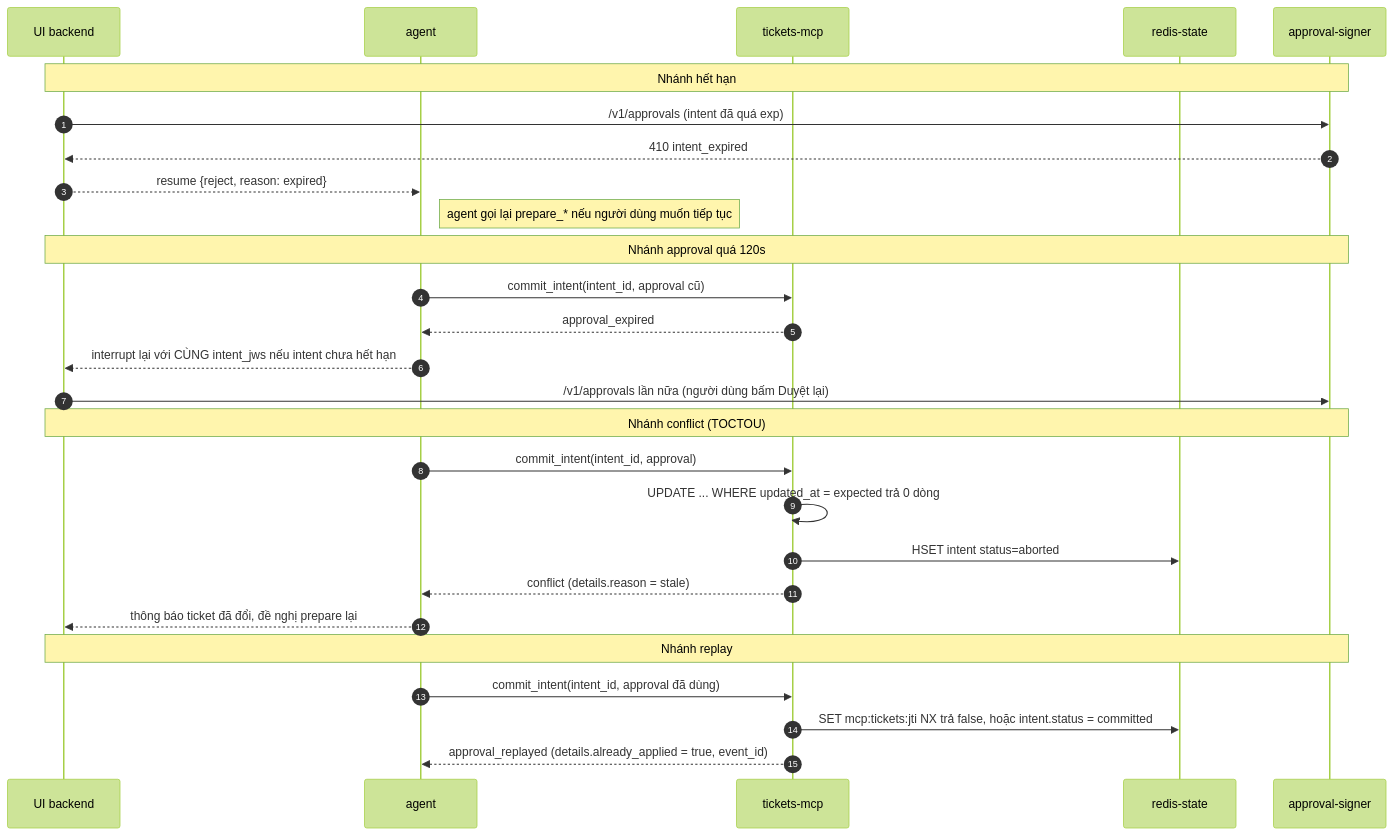
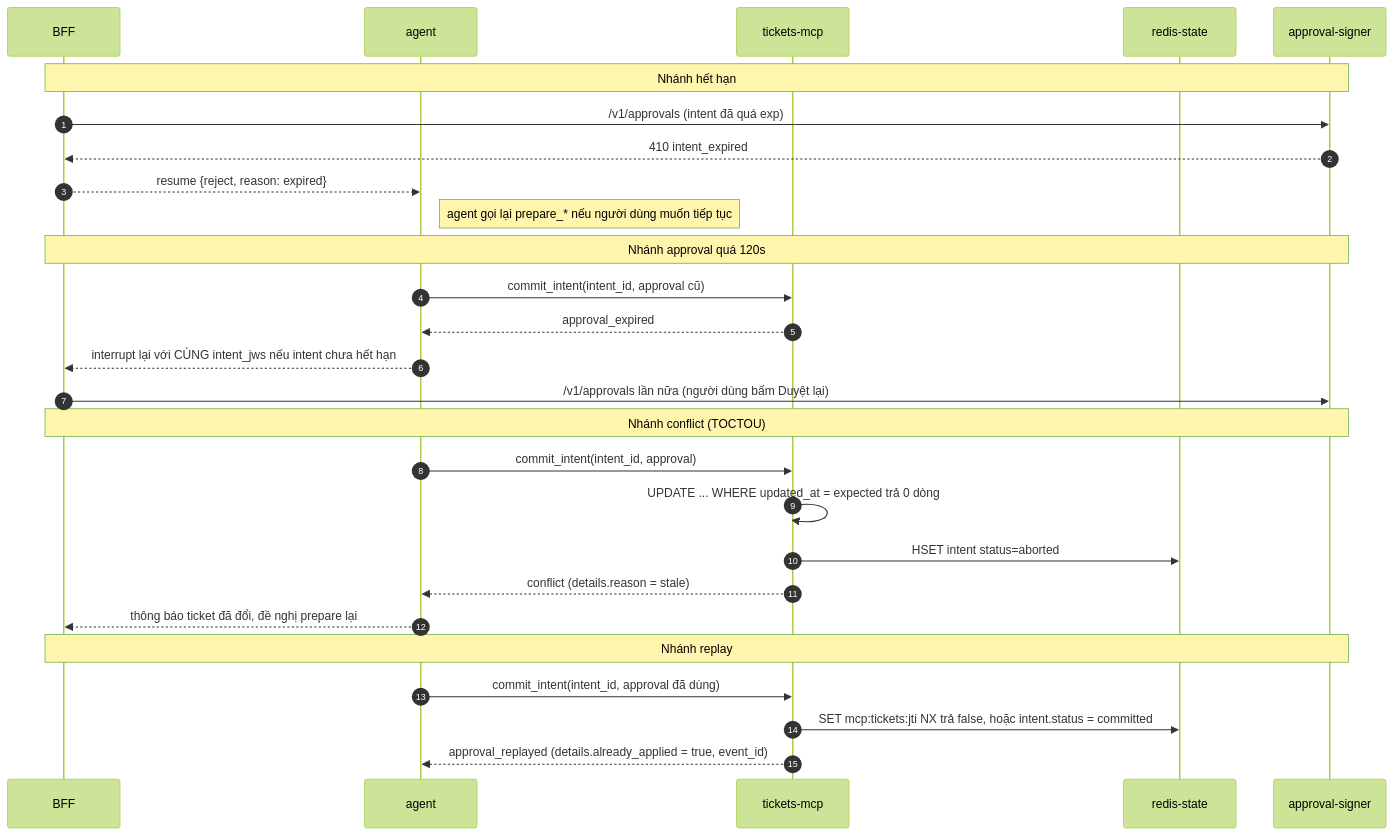
One commit to giangkh1908/Countersign changed the second of 2 diagrams in docs/design/05-approval-flow.md. Above: the diagram before and after it, drawn with Mermaid (forest theme). The commit also changed other lines of this file and 12 other files, not shown here.

````diff
--- a/docs/design/05-approval-flow.md
+++ b/docs/design/05-approval-flow.md
@@ -143,33 +153,33 @@
 ```mermaid
 sequenceDiagram
   autonumber
-  participant UI as UI backend
+  participant UI as BFF
   participant AG as agent
   participant TK as tickets-mcp
   participant RS as redis-state
   participant SG as approval-signer
 
   Note over UI,SG: Nhánh hết hạn
   UI->>SG: /v1/approvals (intent đã quá exp)
   SG-->>UI: 410 intent_expired
   UI-->>AG: resume {reject, reason: expired}
   Note right of AG: agent gọi lại prepare_* nếu người dùng muốn tiếp tục
 
   Note over UI,SG: Nhánh approval quá 120s
   AG->>TK: commit_intent(intent_id, approval cũ)
   TK-->>AG: approval_expired
   AG-->>UI: interrupt lại với CÙNG intent_jws nếu intent chưa hết hạn
   UI->>SG: /v1/approvals lần nữa (người dùng bấm Duyệt lại)
 
   Note over UI,SG: Nhánh conflict (TOCTOU)
   AG->>TK: commit_intent(intent_id, approval)
   TK->>TK: UPDATE ... WHERE updated_at = expected trả 0 dòng
   TK->>RS: HSET intent status=aborted
   TK-->>AG: conflict (details.reason = stale)
   AG-->>UI: thông báo ticket đã đổi, đề nghị prepare lại
 
   Note over UI,SG: Nhánh replay
   AG->>TK: commit_intent(intent_id, approval đã dùng)
   TK->>RS: SET mcp:tickets:jti NX trả false, hoặc intent.status = committed
   TK-->>AG: approval_replayed (details.already_applied = true, event_id)
 ```
````
